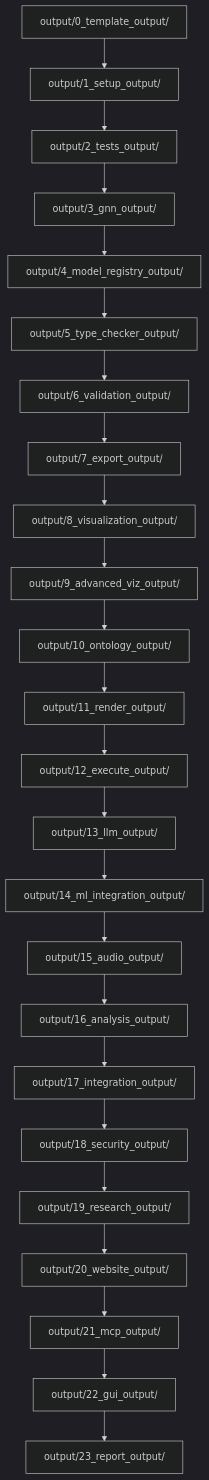
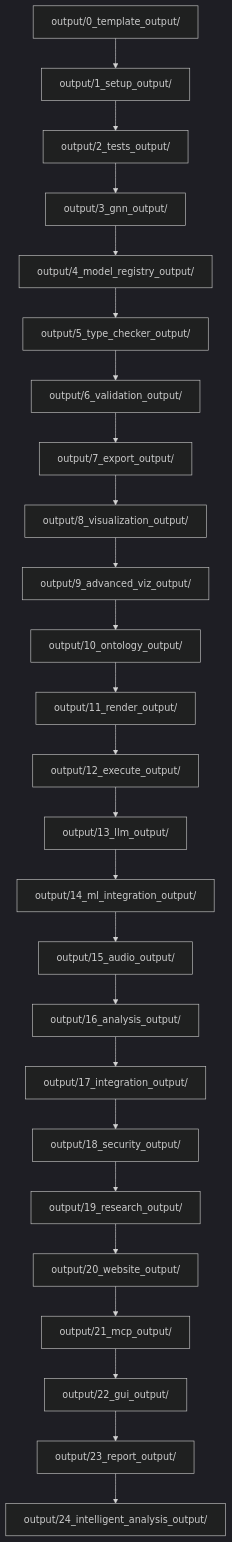
The fifth of 7 diagrams in DOCS.md (ActiveInferenceInstitute/GeneralizedNotationNotation), drawn with Mermaid (dark theme) before and after one commit. The commit also changed other lines of this file and 10 other files, not shown here.

````diff
--- a/DOCS.md
+++ b/DOCS.md
@@ -110,26 +111,27 @@
 ```mermaid
 flowchart TD
   O0[output/0_template_output/] --> O1[output/1_setup_output/]
   O1 --> O2[output/2_tests_output/]
   O2 --> O3[output/3_gnn_output/]
   O3 --> O4[output/4_model_registry_output/]
   O4 --> O5[output/5_type_checker_output/]
   O5 --> O6[output/6_validation_output/]
   O6 --> O7[output/7_export_output/]
   O7 --> O8[output/8_visualization_output/]
   O8 --> O9[output/9_advanced_viz_output/]
   O9 --> O10[output/10_ontology_output/]
   O10 --> O11[output/11_render_output/]
   O11 --> O12[output/12_execute_output/]
   O12 --> O13[output/13_llm_output/]
   O13 --> O14[output/14_ml_integration_output/]
   O14 --> O15[output/15_audio_output/]
   O15 --> O16[output/16_analysis_output/]
   O16 --> O17[output/17_integration_output/]
   O17 --> O18[output/18_security_output/]
   O18 --> O19[output/19_research_output/]
   O19 --> O20[output/20_website_output/]
   O20 --> O21[output/21_mcp_output/]
   O21 --> O22[output/22_gui_output/]
   O22 --> O23[output/23_report_output/]
+  O23 --> O24[output/24_intelligent_analysis_output/]
 ```
````
